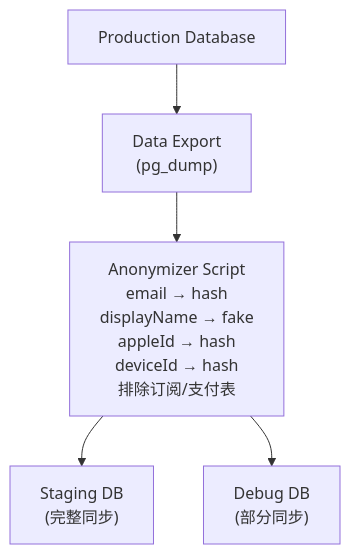
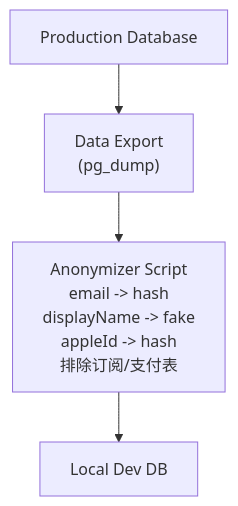
The third of 3 diagrams in 05-operations/infrastructure/database.md (readmigo/docs), drawn with Mermaid before and after one commit. The commit also changed other lines of this file, not shown here.

````diff
--- a/05-operations/infrastructure/database.md
+++ b/05-operations/infrastructure/database.md
@@ -296,7 +131,6 @@
 ```mermaid
 graph TB
     A["Production Database"] --> B["Data Export<br>(pg_dump)"]
-    B --> C["Anonymizer Script<br>email → hash<br>displayName → fake<br>appleId → hash<br>deviceId → hash<br>排除订阅/支付表"]
-    C --> D["Staging DB<br>(完整同步)"]
-    C --> E["Debug DB<br>(部分同步)"]
+    B --> C["Anonymizer Script<br>email -> hash<br>displayName -> fake<br>appleId -> hash<br>排除订阅/支付表"]
+    C --> D["Local Dev DB"]
 ```
````
